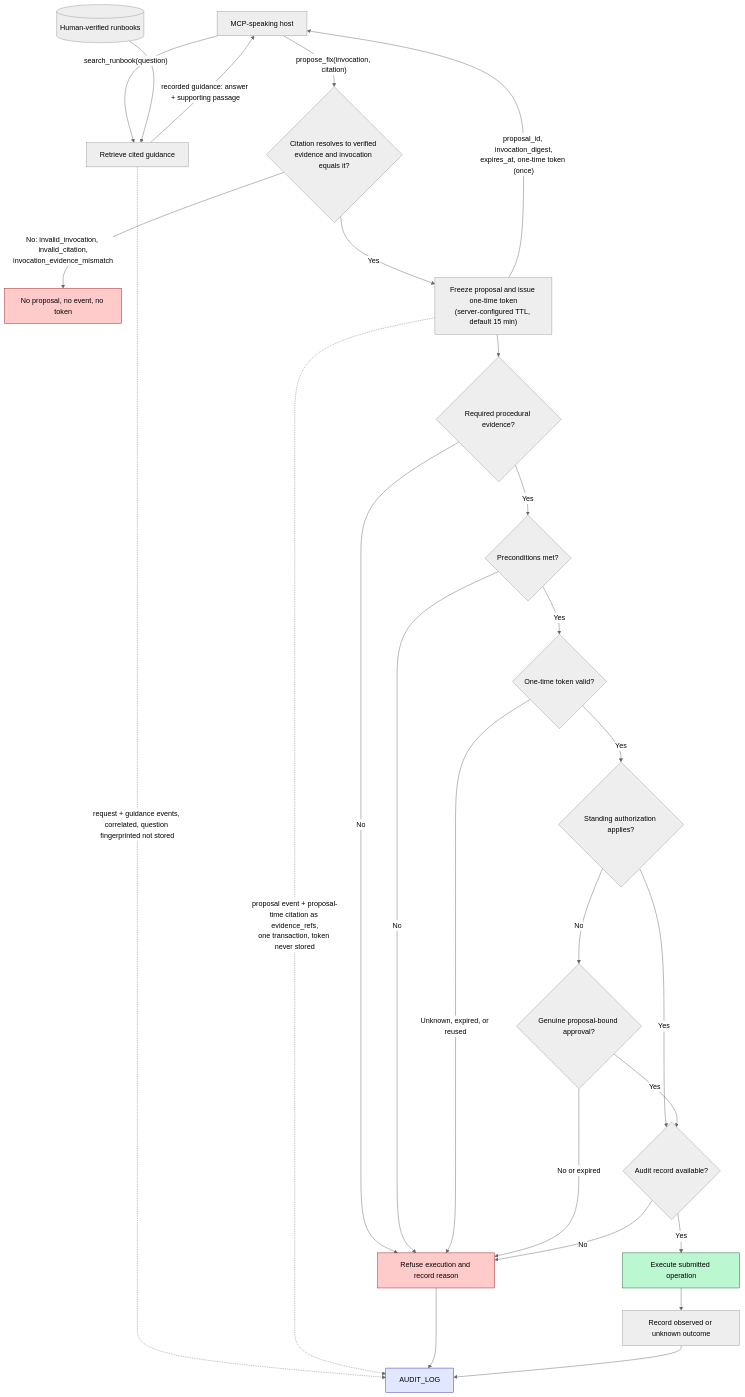
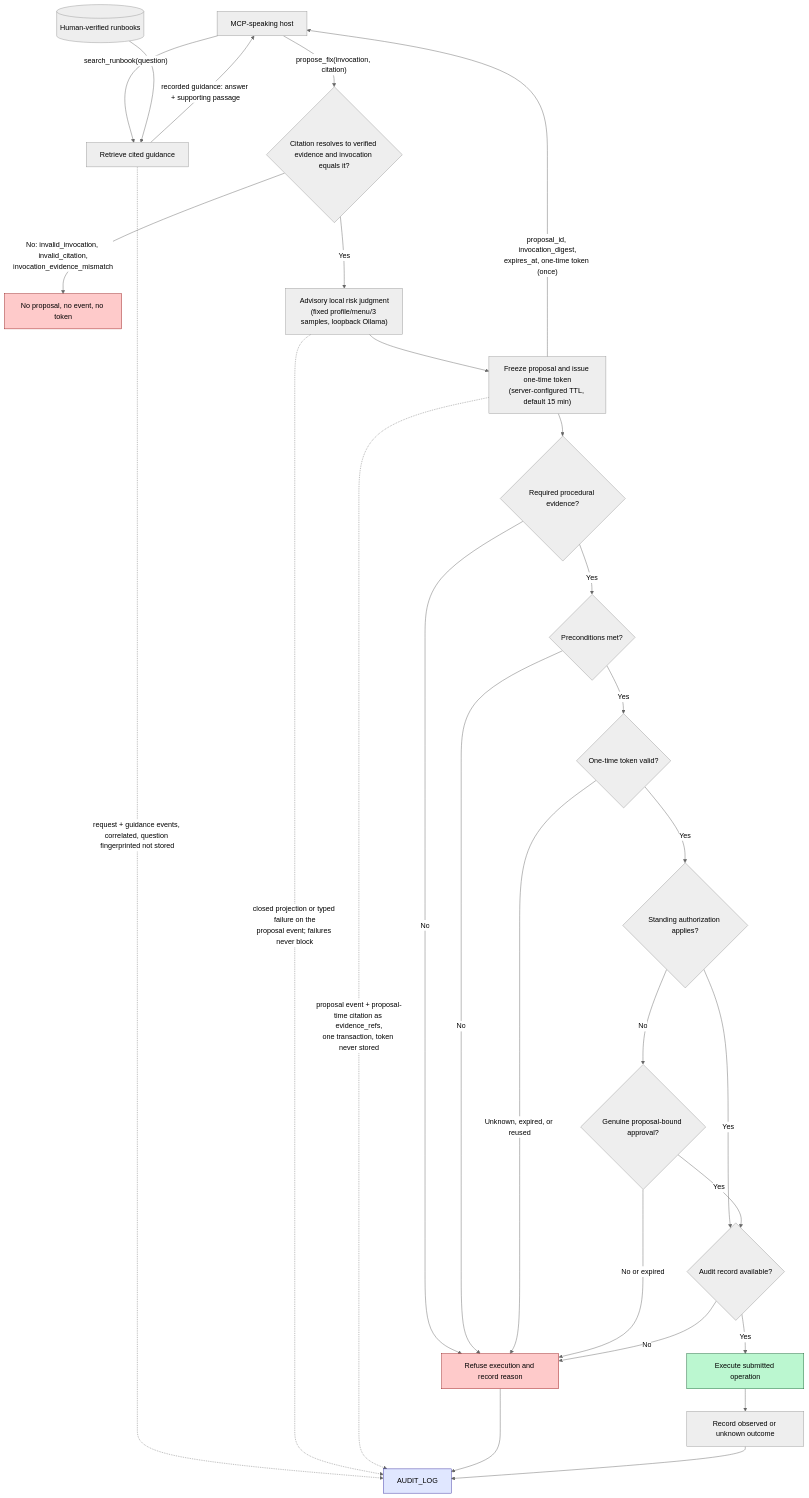
Before and after one commit to alanfong93/ops-guard: the first of 2 diagrams in docs/system_flow.md, drawn with Mermaid (neutral theme). The commit also changed other lines of this file and 15 other files, not shown here.

First line of the commit message:
feat: audit-only local risk judgment via pinned local-judge adapter (ADR 0009) (#58) (#71)

````diff
--- a/docs/system_flow.md
+++ b/docs/system_flow.md
@@ -3,34 +3,36 @@
 ```mermaid
 flowchart TD
     HOST["MCP-speaking host"] -->|"search_runbook(question)"| RETRIEVE["Retrieve cited guidance"]
     RUNBOOKS[("Human-verified runbooks")] --> RETRIEVE
     RETRIEVE -.->|"request + guidance events, correlated, question fingerprinted not stored"| AUDIT_LOG
     RETRIEVE -->|"recorded guidance: answer + supporting passage"| HOST
 
     HOST -->|"propose_fix(invocation, citation)"| MATCH{"Citation resolves to verified evidence and invocation equals it?"}
     MATCH -->|"No: invalid_invocation, invalid_citation,<br>invocation_evidence_mismatch"| REFUSE_PROPOSAL["No proposal, no event, no token"]
-    MATCH -->|"Yes"| PROPOSE["Freeze proposal and issue one-time token<br>(server-configured TTL, default 15 min)"]
+    MATCH -->|"Yes"| JUDGE["Advisory local risk judgment<br>(fixed profile/menu/3 samples, loopback Ollama)"]
+    JUDGE -.->|"closed projection or typed failure on the<br>proposal event; failures never block"| AUDIT_LOG
+    JUDGE --> PROPOSE["Freeze proposal and issue one-time token<br>(server-configured TTL, default 15 min)"]
     PROPOSE -.->|"proposal event + proposal-time citation as evidence_refs,<br>one transaction, token never stored"| AUDIT_LOG
     PROPOSE -->|"proposal_id, invocation_digest,<br>expires_at, one-time token (once)"| HOST
     PROPOSE --> EVIDENCE{"Required procedural evidence?"}
     EVIDENCE -->|"No"| REFUSE["Refuse execution and record reason"]
     EVIDENCE -->|"Yes"| PRECONDITIONS{"Preconditions met?"}
     PRECONDITIONS -->|"No"| REFUSE
     PRECONDITIONS -->|"Yes"| TOKEN{"One-time token valid?"}
     TOKEN -->|"Unknown, expired, or reused"| REFUSE
     TOKEN -->|"Yes"| AUTH{"Standing authorization applies?"}
     AUTH -->|"Yes"| AUDIT{"Audit record available?"}
     AUTH -->|"No"| APPROVAL{"Genuine proposal-bound approval?"}
     APPROVAL -->|"No or expired"| REFUSE
     APPROVAL -->|"Yes"| AUDIT
     AUDIT -->|"No"| REFUSE
     AUDIT -->|"Yes"| EXECUTE["Execute submitted operation"]
     EXECUTE --> OUTCOME["Record observed or unknown outcome"]
     REFUSE --> AUDIT_LOG
     OUTCOME --> AUDIT_LOG
 
     style REFUSE fill:#fecaca,stroke:#991b1b,color:#000
     style REFUSE_PROPOSAL fill:#fecaca,stroke:#991b1b,color:#000
     style EXECUTE fill:#bbf7d0,stroke:#166534,color:#000
     style AUDIT_LOG fill:#e0e7ff,stroke:#3730a3,color:#000
 ```
````
